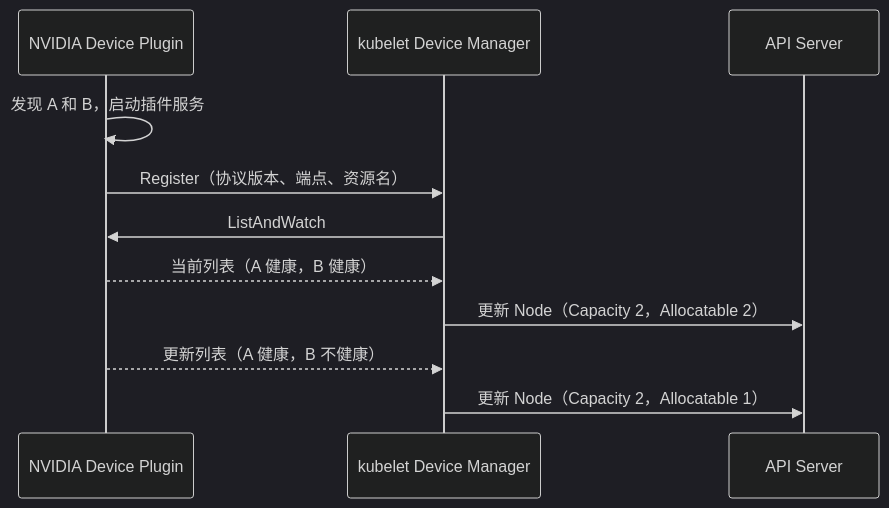
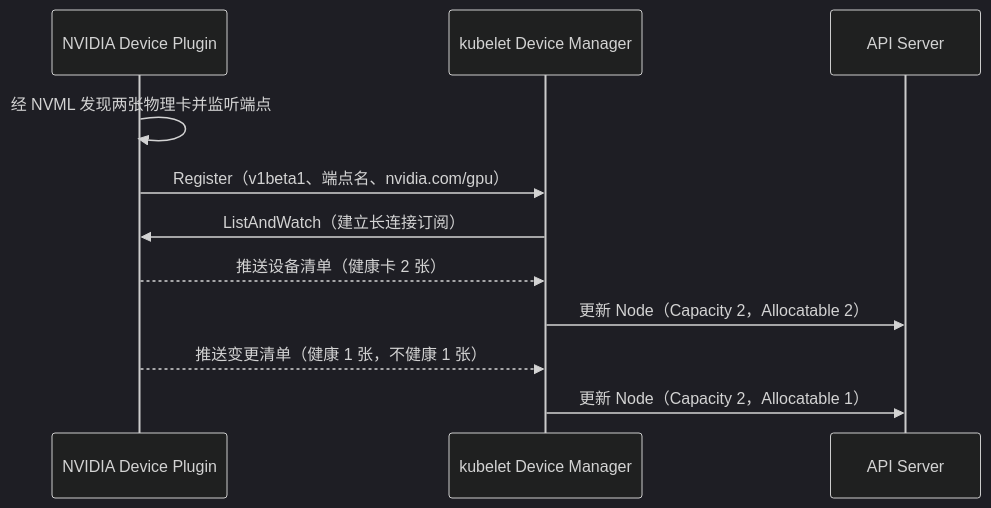
The diagram in AI-Infra/11_Kubernetes如何发现与分配GPU/01_Device Plugin 的定位、注册与 GPU 资源上报.md (realtyz/ops-manual), drawn with Mermaid (dark theme) before and after one commit. The commit also changed other lines of this file and 194 other files, not shown here.

````diff
--- a/AI-Infra/11_Kubernetes如何发现与分配GPU/01_Device Plugin 的定位、注册与 GPU 资源上报.md
+++ b/AI-Infra/11_Kubernetes如何发现与分配GPU/01_Device Plugin 的定位、注册与 GPU 资源上报.md
@@ -23,13 +33,14 @@
 ```mermaid
 sequenceDiagram
+    accDescr: NVIDIA Device Plugin 启动后向 kubelet 注册，kubelet 调用 ListAndWatch 订阅逐卡健康列表并更新 API Server 中的 Node Capacity 与 Allocatable；当第二张卡变为不健康时，Allocatable 从 2 降为 1。
     participant P as NVIDIA Device Plugin
     participant K as kubelet Device Manager
     participant A as API Server
-    P->>P: 发现 A 和 B，启动插件服务
-    P->>K: Register（协议版本、端点、资源名）
-    K->>P: ListAndWatch
-    P-->>K: 当前列表（A 健康，B 健康）
+    P->>P: 经 NVML 发现两张物理卡并监听端点
+    P->>K: Register（v1beta1、端点名、nvidia.com/gpu）
+    K->>P: ListAndWatch（建立长连接订阅）
+    P-->>K: 推送设备清单（健康卡 2 张）
     K->>A: 更新 Node（Capacity 2，Allocatable 2）
-    P-->>K: 更新列表（A 健康，B 不健康）
+    P-->>K: 推送变更清单（健康 1 张，不健康 1 张）
     K->>A: 更新 Node（Capacity 2，Allocatable 1）
 ```
````
